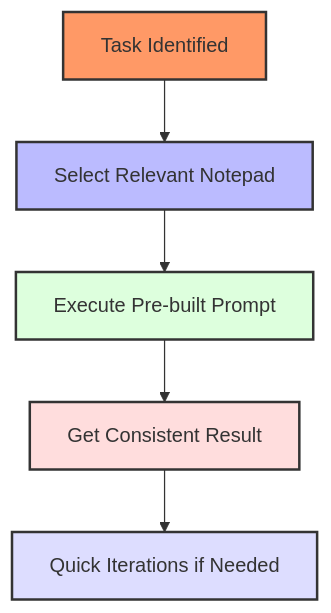
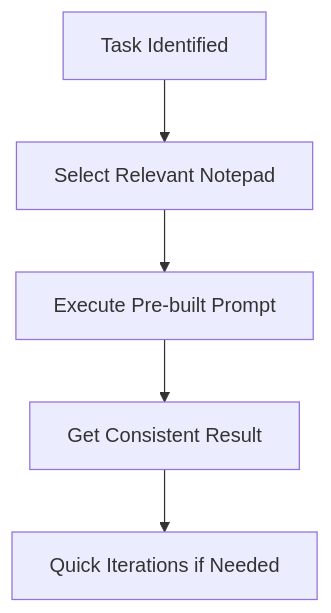
Before and after one commit to dougwithseismic/cursor-tools: the first of 6 diagrams in docs/articles/cursor-notepads-deep-dive.md, drawn with Mermaid.

Commit message:
docs: clean up mermaid diagram

````diff
--- a/docs/articles/cursor-notepads-deep-dive.md
+++ b/docs/articles/cursor-notepads-deep-dive.md
@@ -63,13 +63,7 @@
 ```mermaid
 graph TD
     A[Task Identified] --> B[Select Relevant Notepad]
     B --> C[Execute Pre-built Prompt]
     C --> D[Get Consistent Result]
     D --> E[Quick Iterations if Needed]
-    
-    style A fill:#f96,stroke:#333,stroke-width:2px
-    style B fill:#bbf,stroke:#333,stroke-width:2px
-    style C fill:#dfd,stroke:#333,stroke-width:2px
-    style D fill:#fdd,stroke:#333,stroke-width:2px
-    style E fill:#ddf,stroke:#333,stroke-width:2px
 ```
````
